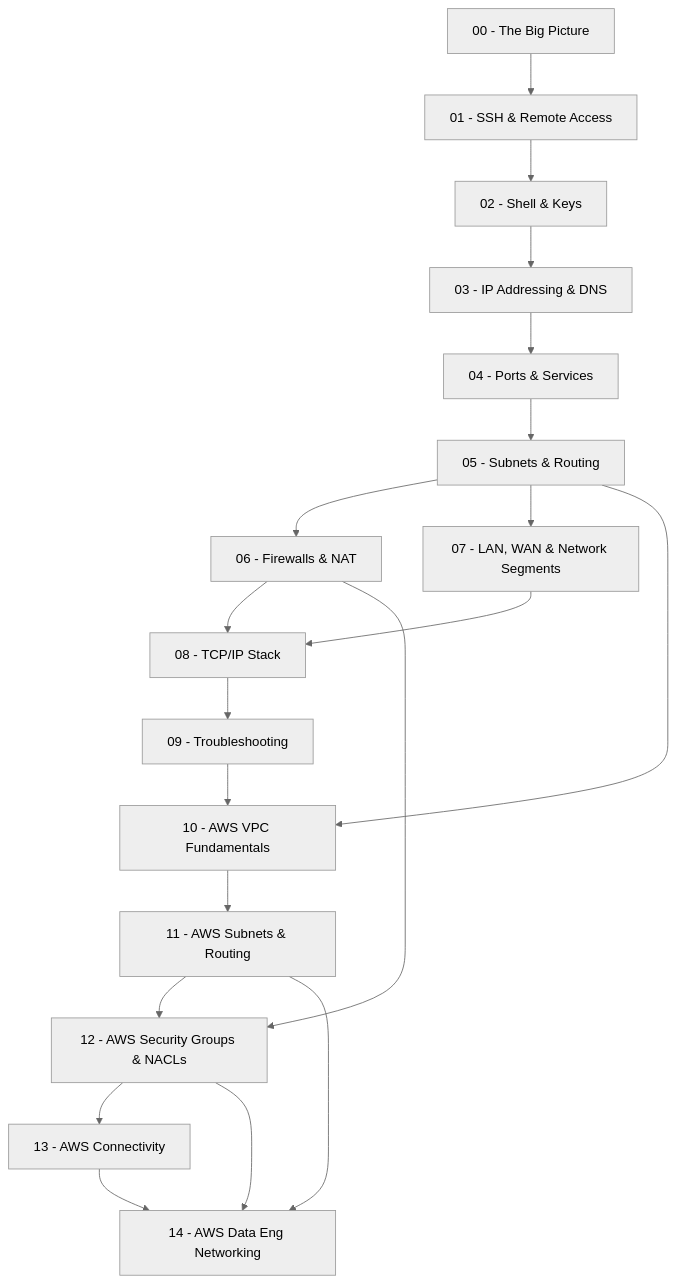
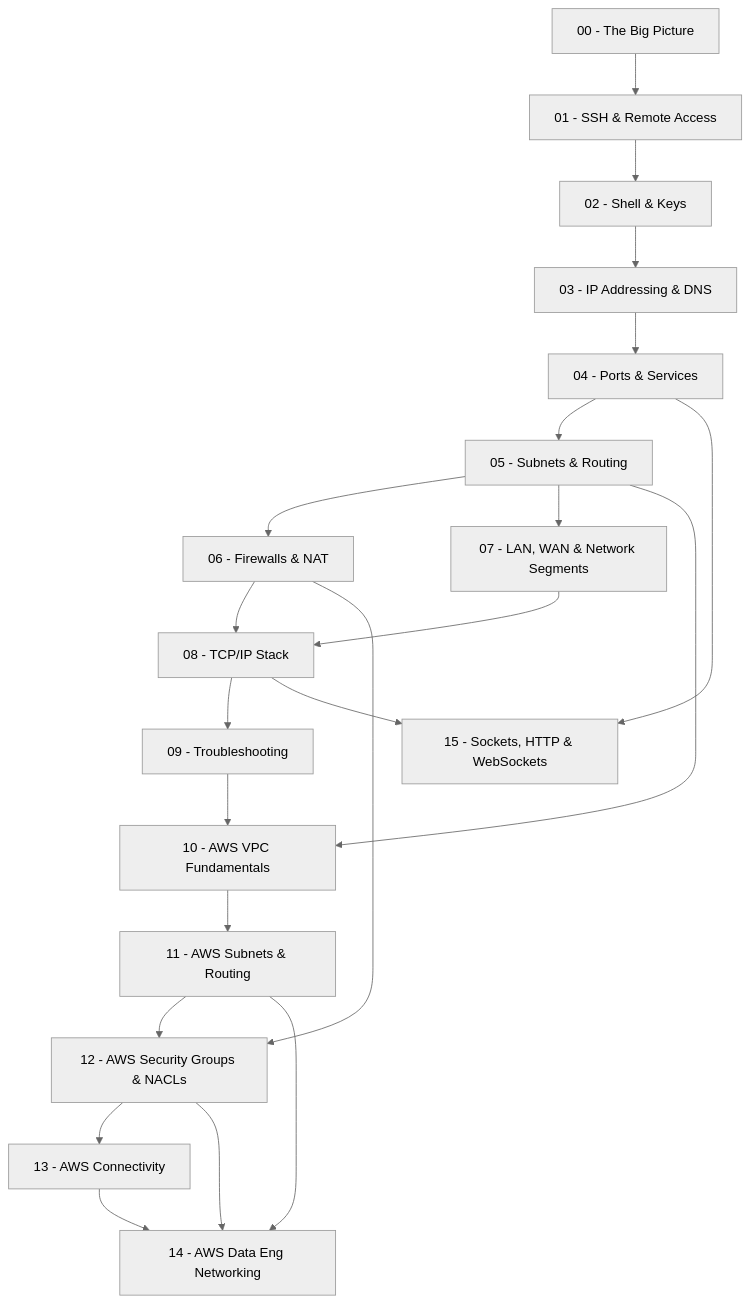
The diagram in README.md (MarkPhamm/Networking-101), drawn with Mermaid (neutral theme) before and after one commit. The commit also changed other lines of this file and 65 other files, not shown here.

````diff
--- a/README.md
+++ b/README.md
@@ -65,22 +65,24 @@
 ```mermaid
 graph TD
-    M00[00 - The Big Picture] --> M01[01 - SSH & Remote Access]
-    M01 --> M02[02 - Shell & Keys]
-    M02 --> M03[03 - IP Addressing & DNS]
-    M03 --> M04[04 - Ports & Services]
-    M04 --> M05[05 - Subnets & Routing]
-    M05 --> M06[06 - Firewalls & NAT]
-    M05 --> M07[07 - LAN, WAN & Network Segments]
-    M06 --> M08[08 - TCP/IP Stack]
+    M00["00 - The Big Picture"] --> M01["01 - SSH & Remote Access"]
+    M01 --> M02["02 - Shell & Keys"]
+    M02 --> M03["03 - IP Addressing & DNS"]
+    M03 --> M04["04 - Ports & Services"]
+    M04 --> M05["05 - Subnets & Routing"]
+    M05 --> M06["06 - Firewalls & NAT"]
+    M05 --> M07["07 - LAN, WAN & Network Segments"]
+    M06 --> M08["08 - TCP/IP Stack"]
     M07 --> M08
-    M08 --> M09[09 - Troubleshooting]
-    M09 --> M10[10 - AWS VPC Fundamentals]
+    M08 --> M09["09 - Troubleshooting"]
+    M09 --> M10["10 - AWS VPC Fundamentals"]
     M05 --> M10
-    M10 --> M11[11 - AWS Subnets & Routing]
-    M11 --> M12[12 - AWS Security Groups & NACLs]
+    M10 --> M11["11 - AWS Subnets & Routing"]
+    M11 --> M12["12 - AWS Security Groups & NACLs"]
     M06 --> M12
-    M12 --> M13[13 - AWS Connectivity]
-    M13 --> M14[14 - AWS Data Eng Networking]
+    M12 --> M13["13 - AWS Connectivity"]
+    M13 --> M14["14 - AWS Data Eng Networking"]
     M11 --> M14
     M12 --> M14
+    M08 --> M15["15 - Sockets, HTTP & WebSockets"]
+    M04 --> M15
 ```
````
